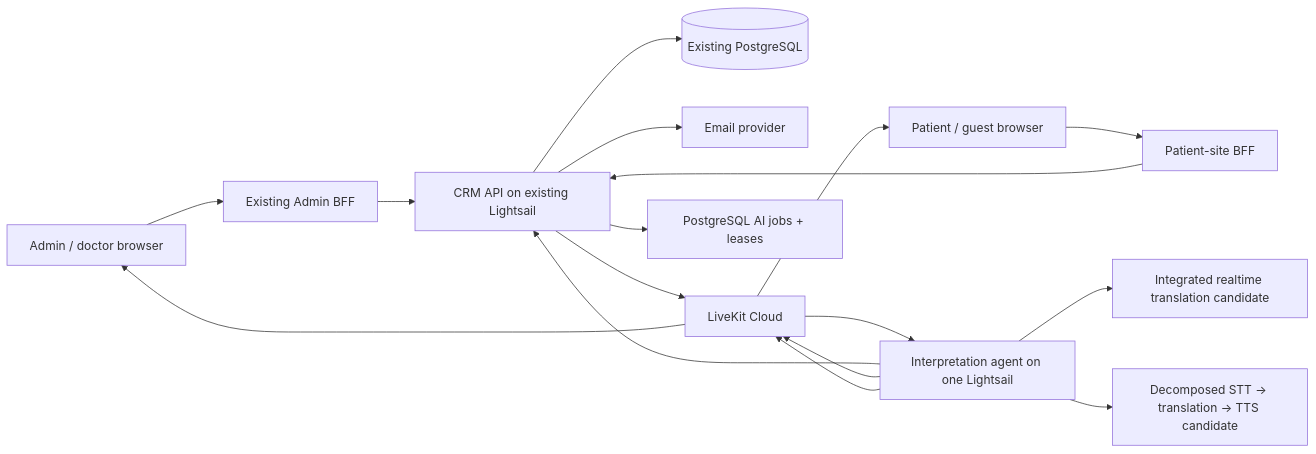
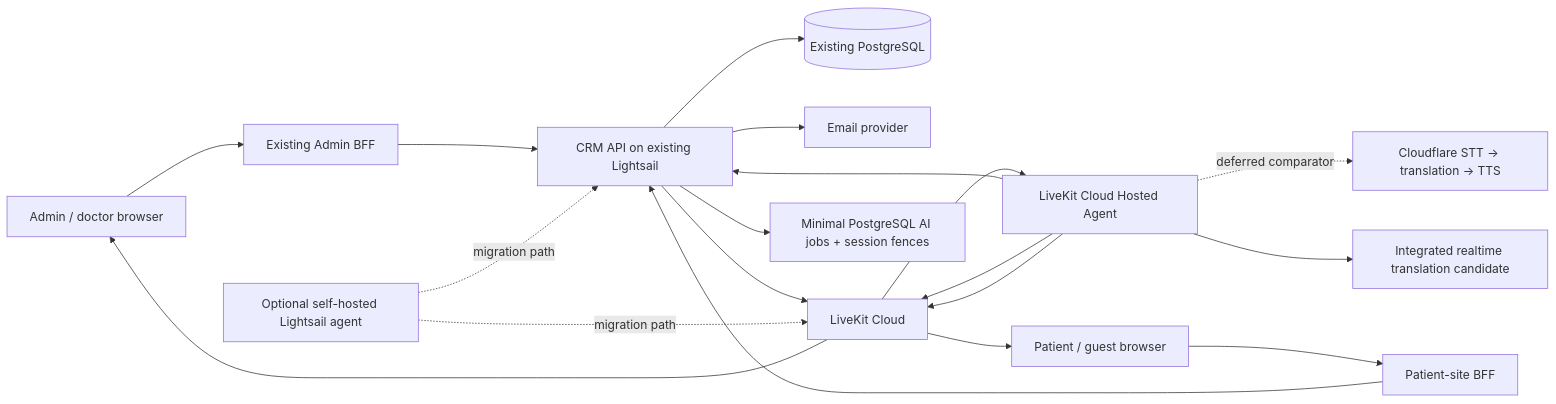
One commit to wahaHub/medical-crm-v2 changed the diagram in docs/superpowers/specs/2026-08-29-low-cost-ai-video-consultations-design.md. Above: the diagram before and after it, drawn with Mermaid. The commit also changed other lines of this file, not shown here.

````diff
--- a/docs/superpowers/specs/2026-08-29-low-cost-ai-video-consultations-design.md
+++ b/docs/superpowers/specs/2026-08-29-low-cost-ai-video-consultations-design.md
@@ -60,23 +64,25 @@
 ```mermaid
 flowchart LR
     Admin["Admin / doctor browser"] --> AdminBFF["Existing Admin BFF"]
     Guest["Patient / guest browser"] --> PatientBFF["Patient-site BFF"]
     AdminBFF --> API["CRM API on existing Lightsail"]
     PatientBFF --> API
 
     API --> PG[("Existing PostgreSQL")]
     API --> Email["Email provider"]
     API --> LK["LiveKit Cloud"]
 
-    API --> Jobs["PostgreSQL AI jobs + leases"]
-    Agent["Interpretation agent on one Lightsail"] --> API
+    API --> Jobs["Minimal PostgreSQL AI jobs + session fences"]
+    Agent["LiveKit Cloud Hosted Agent"] --> API
     Agent --> LK
+    Fallback["Optional self-hosted Lightsail agent"] -. migration path .-> API
+    Fallback -. migration path .-> LK
 
     LK --> Admin
     LK --> Guest
     LK --> Agent
 
     Agent --> Integrated["Integrated realtime translation candidate"]
-    Agent --> Decomposed["Decomposed STT → translation → TTS candidate"]
+    Agent -. deferred comparator .-> Decomposed["Cloudflare STT → translation → TTS"]
     Agent --> LK
 ```
````
